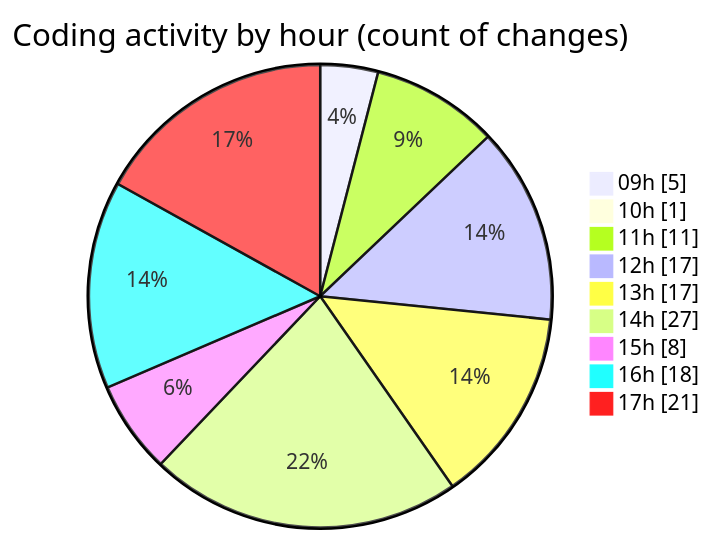
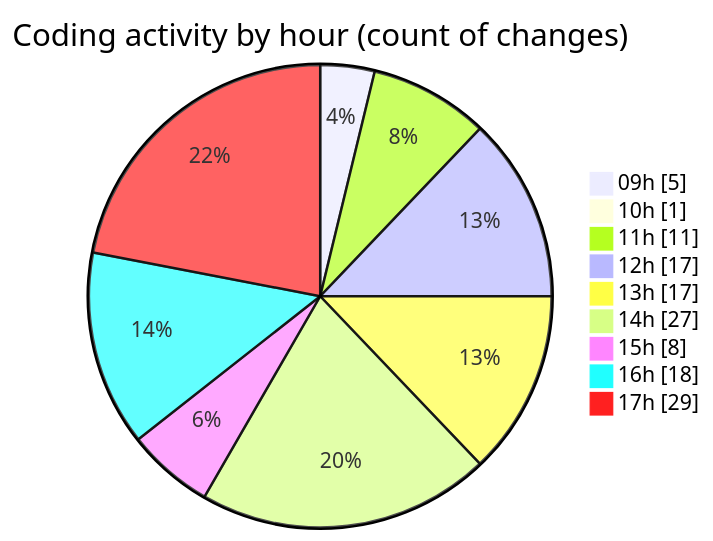
The second of 2 diagrams in 2025-09-04/cda/README.md (momahboobian/code-tracking), drawn with Mermaid before and after one commit. The commit also changed other lines of this file and 1 other file, not shown here.

````diff
--- a/2025-09-04/cda/README.md
+++ b/2025-09-04/cda/README.md
@@ -42,13 +42,13 @@
 ```mermaid
 pie showData
 title Coding activity by hour (count of changes)
 "09h" : 5
 "10h" : 1
 "11h" : 11
 "12h" : 17
 "13h" : 17
 "14h" : 27
 "15h" : 8
 "16h" : 18
-"17h" : 21
+"17h" : 29
 ```
````
